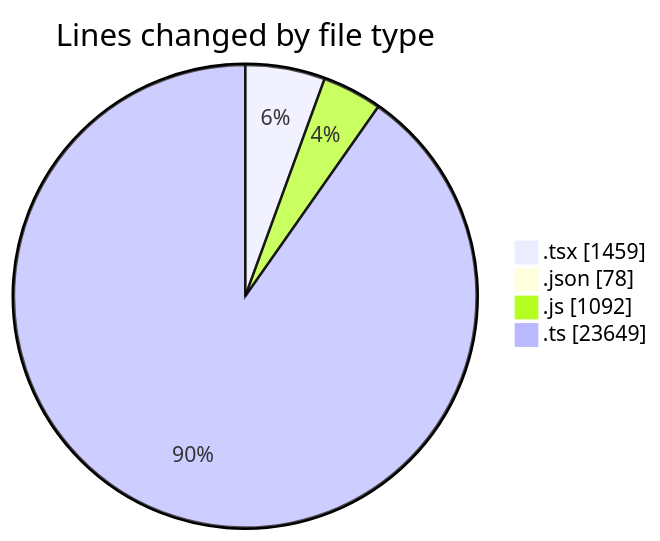
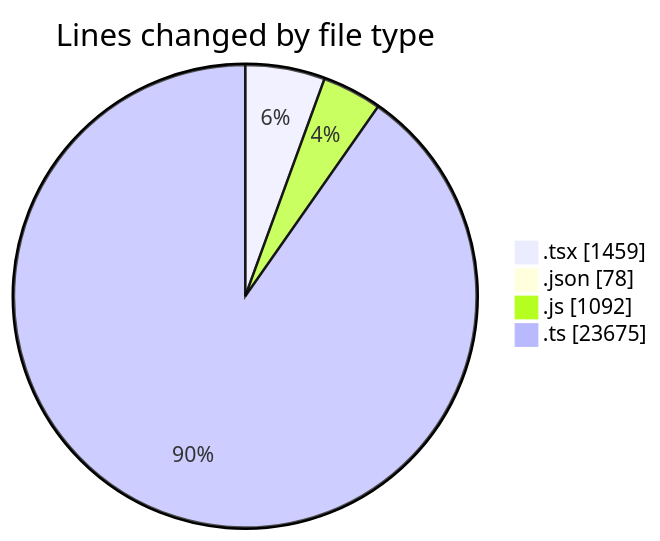
One commit to momahboobian/code-tracking changed the first of 2 diagrams in 2026-10-19/cda/README.md. Above: the diagram before and after it, drawn with Mermaid. The commit also changed other lines of this file and 1 other file, not shown here.

````diff
--- a/2026-10-19/cda/README.md
+++ b/2026-10-19/cda/README.md
@@ -29,8 +29,8 @@
 ```mermaid
 pie showData
 title Lines changed by file type
 ".tsx" : 1459
 ".json" : 78
 ".js" : 1092
-".ts" : 23649
+".ts" : 23675
 ```
````
